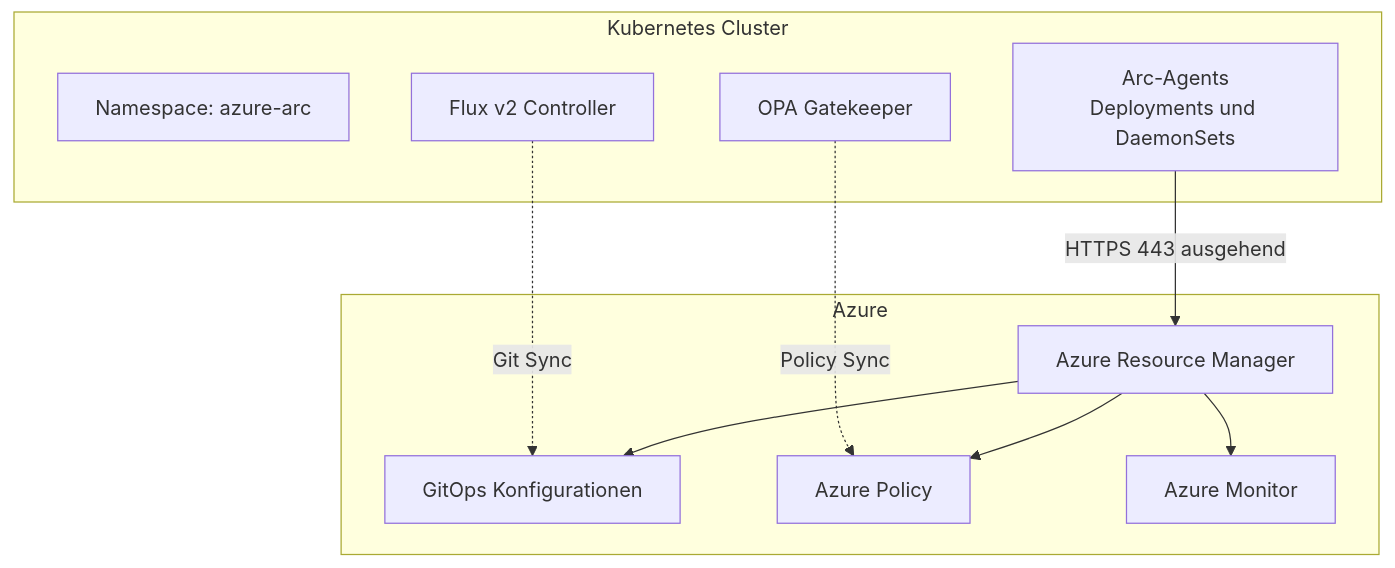
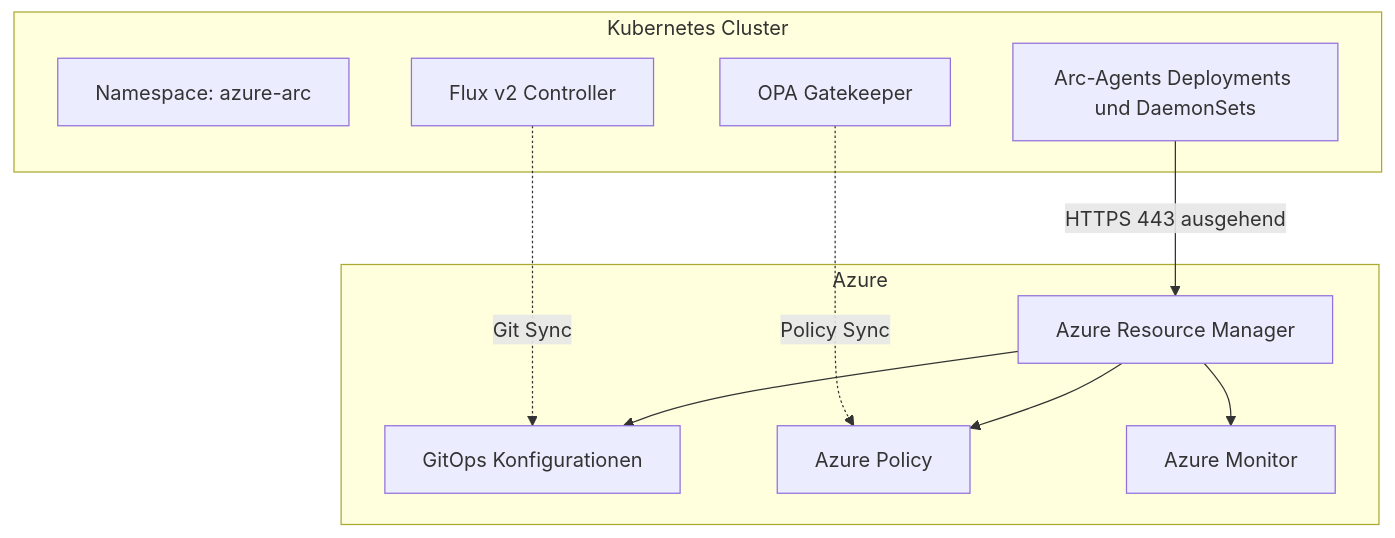
The first of 6 diagrams in Microsoft 365/Azure/Arc/Arc-fähige Kubernetes.md (SoniiiT/notes-n-docs), drawn with Mermaid before and after one commit. The commit also changed other lines of this file and 124 other files, not shown here.

First line of the commit message:
fix: Entferne \n aus allen Mermaid-Diagrammen (125 Dateien)

````diff
--- a/Microsoft 365/Azure/Arc/Arc-fähige Kubernetes.md
+++ b/Microsoft 365/Azure/Arc/Arc-fähige Kubernetes.md
@@ -27,23 +27,23 @@
 ```mermaid
 graph TD
     subgraph Kubernetes Cluster
         NS[Namespace: azure-arc]
-        AGENT[Arc-Agents\nDeployments und DaemonSets]
+        AGENT[Arc-Agents Deployments und DaemonSets]
         FLUX[Flux v2 Controller]
         GATEKEEPER[OPA Gatekeeper]
     end
 
     subgraph Azure
         ARM[Azure Resource Manager]
         GITOPS[GitOps Konfigurationen]
         POLICY[Azure Policy]
         MONITOR[Azure Monitor]
     end
 
     AGENT -->|HTTPS 443 ausgehend| ARM
     ARM --> GITOPS
     ARM --> POLICY
     ARM --> MONITOR
     FLUX -.->|Git Sync| GITOPS
     GATEKEEPER -.->|Policy Sync| POLICY
 ```
````
